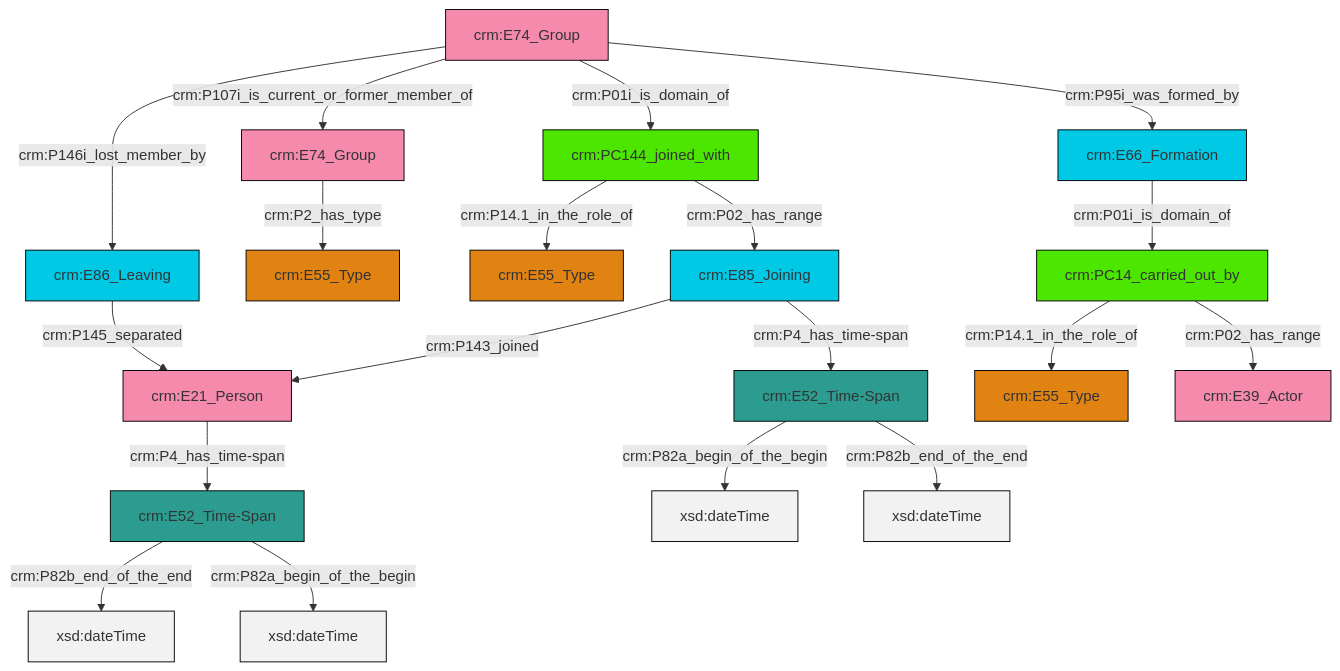
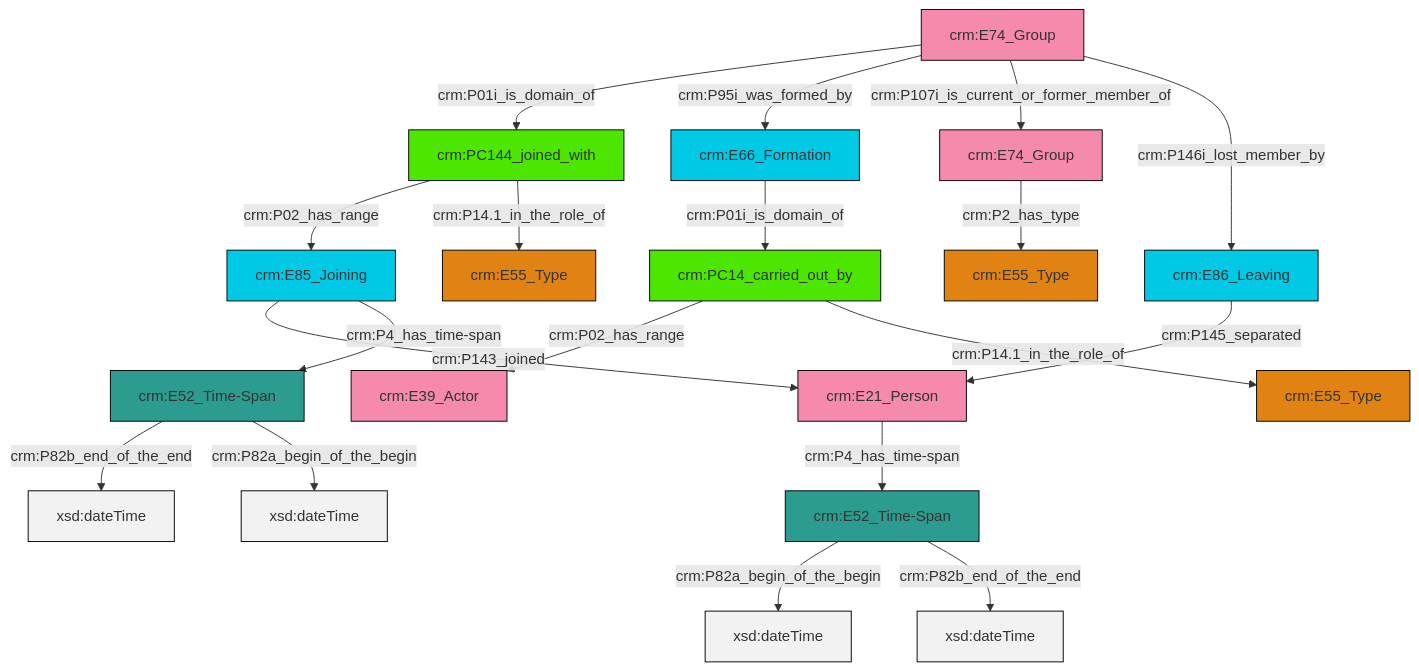
One commit to swiss-art-research-net/reference-data-models changed the diagram in et/groupCSV/ttl/mmd/group_actor_relations.ttl.mmd. Above: the diagram before and after it, drawn with Mermaid. The commit also changed 126 other files, not shown here.

```diff
--- a/et/groupCSV/ttl/mmd/group_actor_relations.ttl.mmd
+++ b/et/groupCSV/ttl/mmd/group_actor_relations.ttl.mmd
@@ -1,33 +1,33 @@
 graph TD
 classDef Literal fill:#f2f2f2,stroke:#000000;
 classDef CRM_Entity fill:#FFFFFF,stroke:#000000;
 classDef Temporal_Entity fill:#00C9E6, stroke:#000000;
 classDef Type fill:#E18312, stroke:#000000;
 classDef Time-Span fill:#2C9C91, stroke:#000000;
 classDef Appellation fill:#FFEB7F, stroke:#000000;
 classDef Place fill:#008836, stroke:#000000;
 classDef Persistent_Item fill:#B266B2, stroke:#000000;
 classDef Conceptual_Object fill:#FFD700, stroke:#000000;
 classDef Physical_Thing fill:#D2B48C, stroke:#000000;
 classDef Actor fill:#f58aad, stroke:#000000;
 classDef PC_Classes fill:#4ce600, stroke:#000000;
 classDef Multi fill:#cccccc,stroke:#000000;
 
-2["crm:PC14_carried_out_by"]:::PC_Classes -->|crm:P14.1_in_the_role_of| 0["crm:E55_Type"]:::Type
-5["crm:PC144_joined_with"]:::PC_Classes -->|crm:P14.1_in_the_role_of| 6["crm:E55_Type"]:::Type
-10["crm:E52_Time-Span"]:::Time-Span -->|crm:P82a_begin_of_the_begin| 11[xsd:dateTime]:::Literal
-12["crm:E52_Time-Span"]:::Time-Span -->|crm:P82b_end_of_the_end| 13[xsd:dateTime]:::Literal
-10["crm:E52_Time-Span"]:::Time-Span -->|crm:P82b_end_of_the_end| 14[xsd:dateTime]:::Literal
-3["crm:E66_Formation"]:::Temporal_Entity -->|crm:P01i_is_domain_of| 2["crm:PC14_carried_out_by"]:::PC_Classes
-7["crm:E21_Person"]:::Actor -->|crm:P4_has_time-span| 12["crm:E52_Time-Span"]:::Time-Span
-15["crm:E74_Group"]:::Actor -->|crm:P2_has_type| 16["crm:E55_Type"]:::Type
-23["crm:E85_Joining"]:::Temporal_Entity -->|crm:P143_joined| 7["crm:E21_Person"]:::Actor
-25["crm:E86_Leaving"]:::Temporal_Entity -->|crm:P145_separated| 7["crm:E21_Person"]:::Actor
-2["crm:PC14_carried_out_by"]:::PC_Classes -->|crm:P02_has_range| 17["crm:E39_Actor"]:::Actor
-23["crm:E85_Joining"]:::Temporal_Entity -->|crm:P4_has_time-span| 10["crm:E52_Time-Span"]:::Time-Span
-28["crm:E74_Group"]:::Actor -->|crm:P146i_lost_member_by| 25["crm:E86_Leaving"]:::Temporal_Entity
-28["crm:E74_Group"]:::Actor -->|crm:P107i_is_current_or_former_member_of| 15["crm:E74_Group"]:::Actor
-12["crm:E52_Time-Span"]:::Time-Span -->|crm:P82a_begin_of_the_begin| 34[xsd:dateTime]:::Literal
-5["crm:PC144_joined_with"]:::PC_Classes -->|crm:P02_has_range| 23["crm:E85_Joining"]:::Temporal_Entity
-28["crm:E74_Group"]:::Actor -->|crm:P01i_is_domain_of| 5["crm:PC144_joined_with"]:::PC_Classes
-28["crm:E74_Group"]:::Actor -->|crm:P95i_was_formed_by| 3["crm:E66_Formation"]:::Temporal_Entity
+4["crm:E66_Formation"]:::Temporal_Entity -->|crm:P01i_is_domain_of| 5["crm:PC14_carried_out_by"]:::PC_Classes
+8["crm:E21_Person"]:::Actor -->|crm:P4_has_time-span| 9["crm:E52_Time-Span"]:::Time-Span
+6["crm:E52_Time-Span"]:::Time-Span -->|crm:P82b_end_of_the_end| 12[xsd:dateTime]:::Literal
+14["crm:E74_Group"]:::Actor -->|crm:P01i_is_domain_of| 15["crm:PC144_joined_with"]:::PC_Classes
+9["crm:E52_Time-Span"]:::Time-Span -->|crm:P82a_begin_of_the_begin| 16[xsd:dateTime]:::Literal
+5["crm:PC14_carried_out_by"]:::PC_Classes -->|crm:P02_has_range| 2["crm:E39_Actor"]:::Actor
+17["crm:E74_Group"]:::Actor -->|crm:P2_has_type| 10["crm:E55_Type"]:::Type
+15["crm:PC144_joined_with"]:::PC_Classes -->|crm:P02_has_range| 0["crm:E85_Joining"]:::Temporal_Entity
+6["crm:E52_Time-Span"]:::Time-Span -->|crm:P82a_begin_of_the_begin| 19[xsd:dateTime]:::Literal
+14["crm:E74_Group"]:::Actor -->|crm:P95i_was_formed_by| 4["crm:E66_Formation"]:::Temporal_Entity
+0["crm:E85_Joining"]:::Temporal_Entity -->|crm:P143_joined| 8["crm:E21_Person"]:::Actor
+0["crm:E85_Joining"]:::Temporal_Entity -->|crm:P4_has_time-span| 6["crm:E52_Time-Span"]:::Time-Span
+24["crm:E86_Leaving"]:::Temporal_Entity -->|crm:P145_separated| 8["crm:E21_Person"]:::Actor
+5["crm:PC14_carried_out_by"]:::PC_Classes -->|crm:P14.1_in_the_role_of| 25["crm:E55_Type"]:::Type
+14["crm:E74_Group"]:::Actor -->|crm:P107i_is_current_or_former_member_of| 17["crm:E74_Group"]:::Actor
+14["crm:E74_Group"]:::Actor -->|crm:P146i_lost_member_by| 24["crm:E86_Leaving"]:::Temporal_Entity
+15["crm:PC144_joined_with"]:::PC_Classes -->|crm:P14.1_in_the_role_of| 26["crm:E55_Type"]:::Type
+9["crm:E52_Time-Span"]:::Time-Span -->|crm:P82b_end_of_the_end| 34[xsd:dateTime]:::Literal
```
